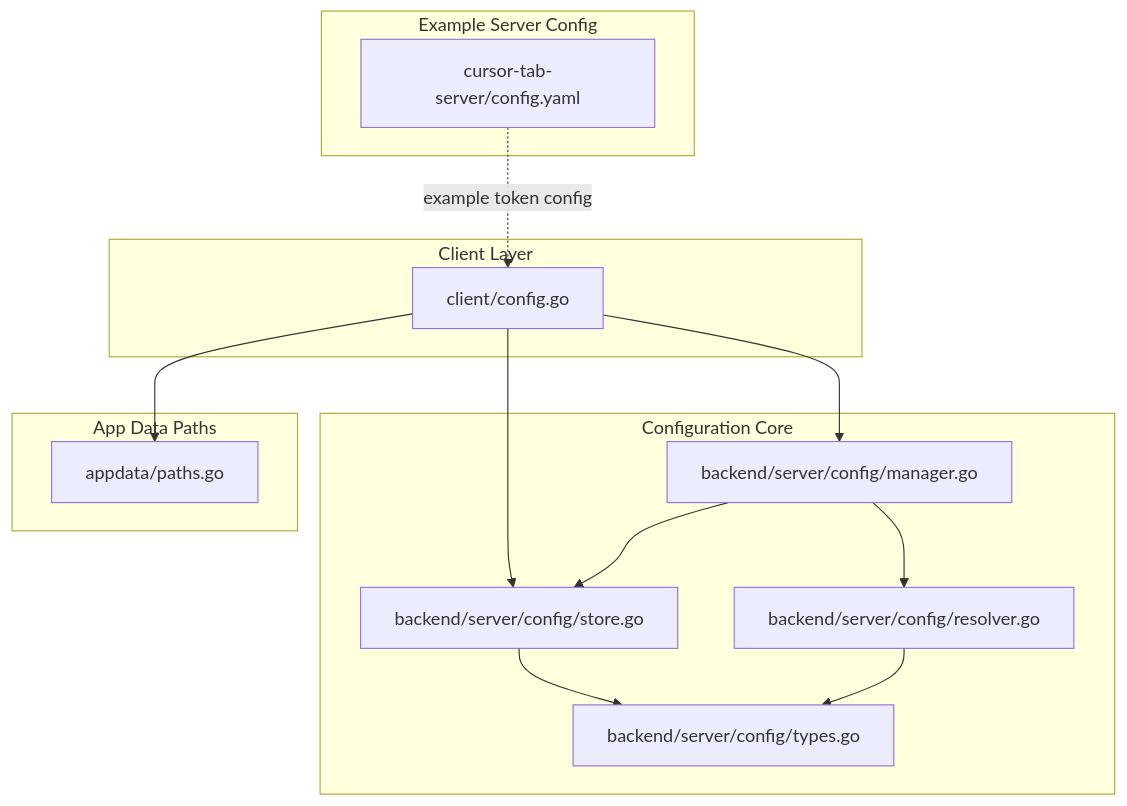
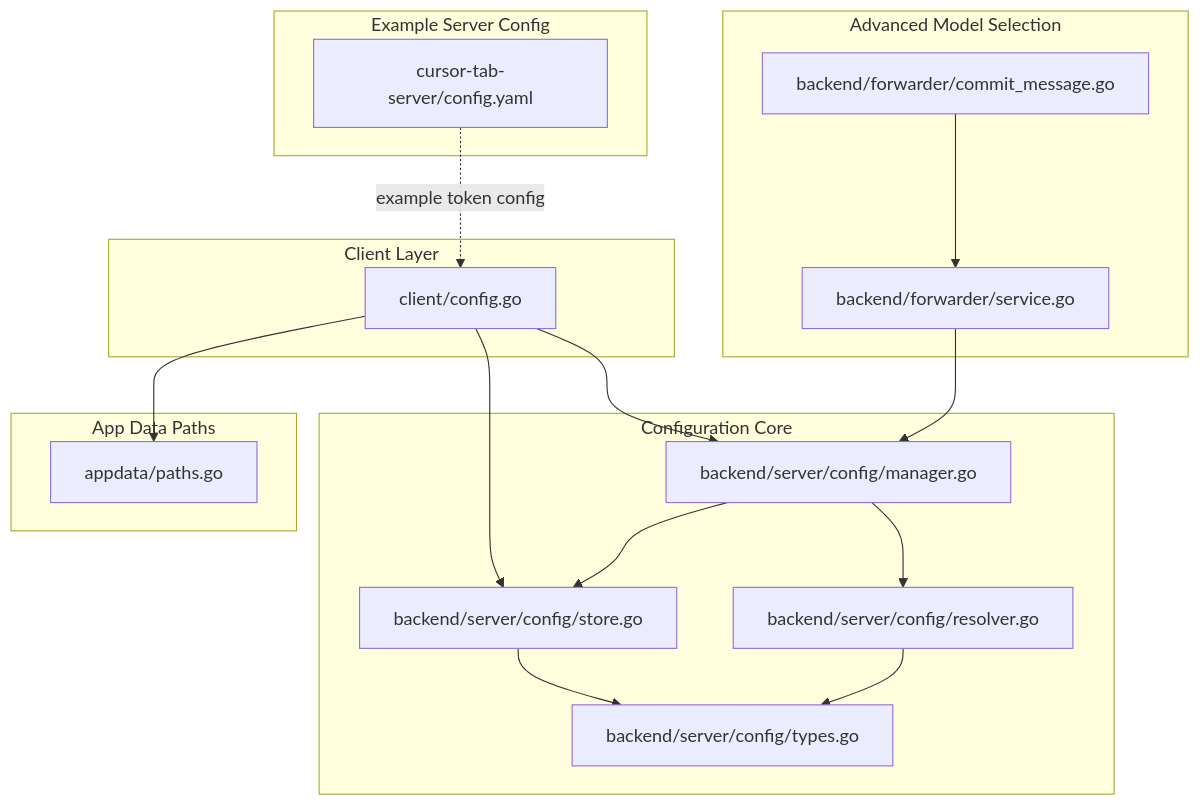
Before and after one commit to philau2512/cursor-byok-go-v2: the first of 10 diagrams in .qoder/repowiki/en/content/Configuration System/Configuration System.md, drawn with Mermaid. The commit also changed other lines of this file and 16 other files, not shown here.

First line of the commit message:
feat(forwarder): improve skill hijacking prevention and add multi-tier model selection

````diff
--- a/.qoder/repowiki/en/content/Configuration System/Configuration System.md
+++ b/.qoder/repowiki/en/content/Configuration System/Configuration System.md
@@ -41,26 +55,32 @@
 ```mermaid
 graph TB
 subgraph "Client Layer"
 ClientConfig["client/config.go"]
 end
 subgraph "Configuration Core"
 Store["backend/server/config/store.go"]
 Manager["backend/server/config/manager.go"]
 Types["backend/server/config/types.go"]
 Resolver["backend/server/config/resolver.go"]
+end
+subgraph "Advanced Model Selection"
+Forwarder["backend/forwarder/commit_message.go"]
+Service["backend/forwarder/service.go"]
 end
 subgraph "App Data Paths"
 Paths["appdata/paths.go"]
 end
 subgraph "Example Server Config"
 TabConfig["cursor-tab-server/config.yaml"]
 end
 ClientConfig --> Store
 ClientConfig --> Manager
 Manager --> Store
 Manager --> Resolver
 Store --> Types
 Resolver --> Types
+Forwarder --> Service
+Service --> Manager
 ClientConfig --> Paths
 TabConfig -. "example token config" .-> ClientConfig
 ```
````
